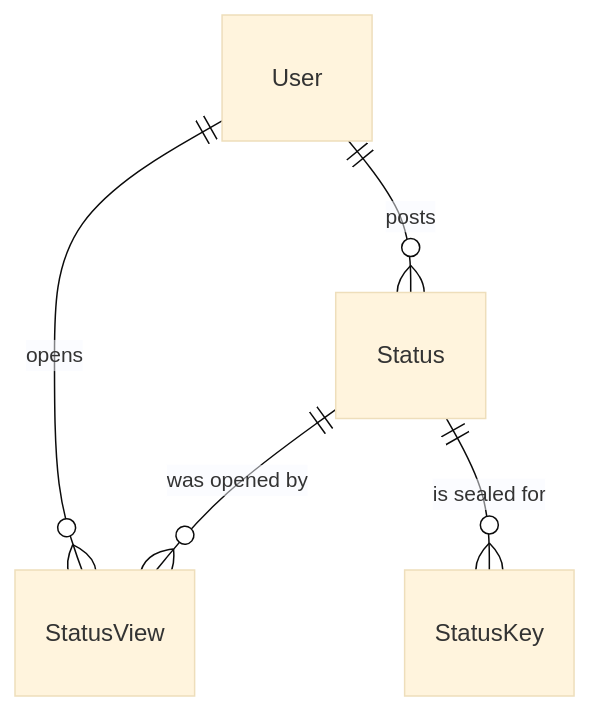
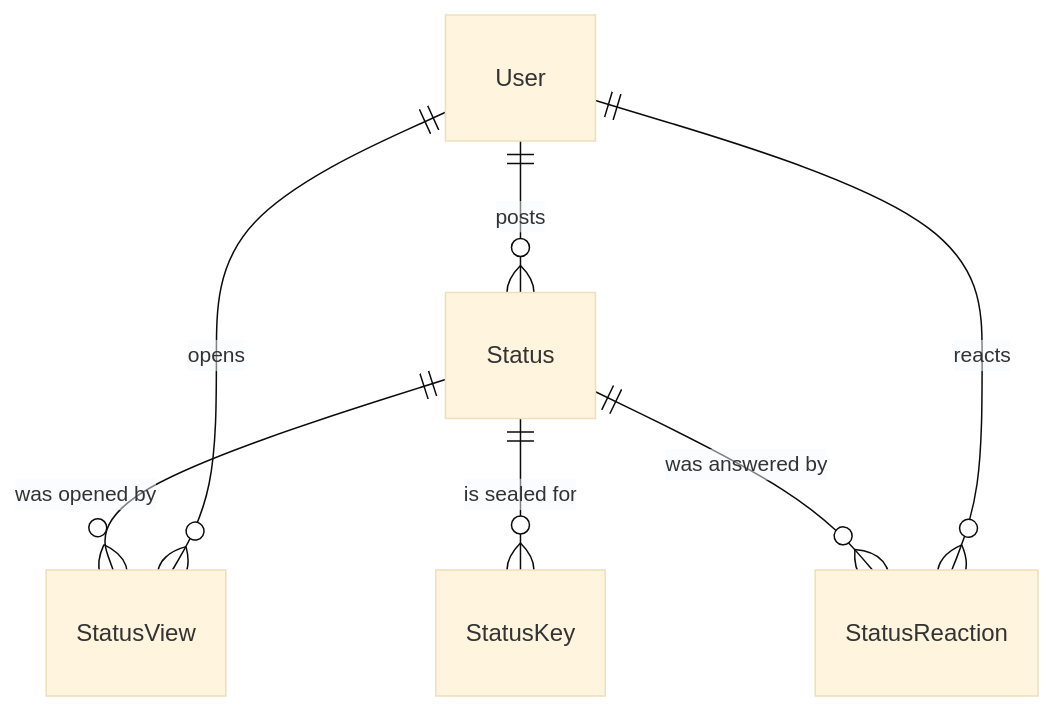
One commit to aiyu-ayaan/BetweenUs changed the fourth of 6 diagrams in docs/docs/database/schema.md. Above: the diagram before and after it, drawn with Mermaid (base theme). The commit also changed other lines of this file and 2 other files, not shown here.

First line of the commit message:
docs: record moments privacy and reaction counts

````diff
--- a/docs/docs/database/schema.md
+++ b/docs/docs/database/schema.md
@@ -344,7 +344,9 @@
 ```mermaid
 erDiagram
     User ||--o{ Status : posts
     Status ||--o{ StatusView : "was opened by"
     Status ||--o{ StatusKey : "is sealed for"
+    Status ||--o{ StatusReaction : "was answered by"
     User ||--o{ StatusView : opens
+    User ||--o{ StatusReaction : reacts
 ```
````
